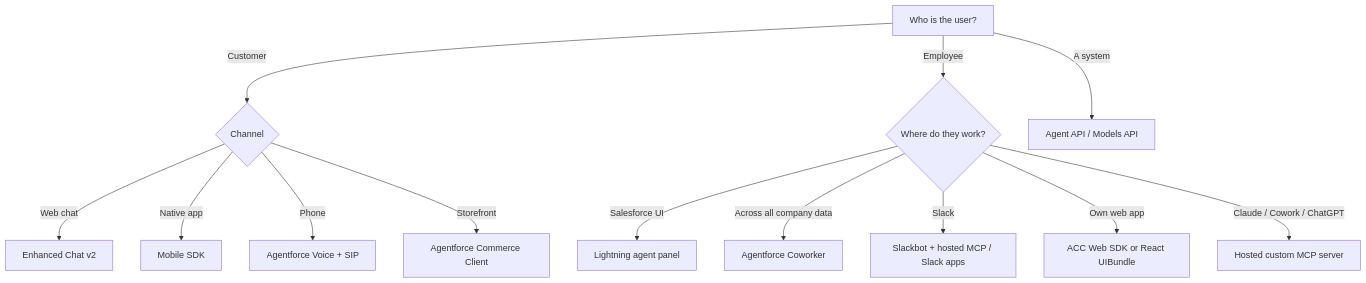
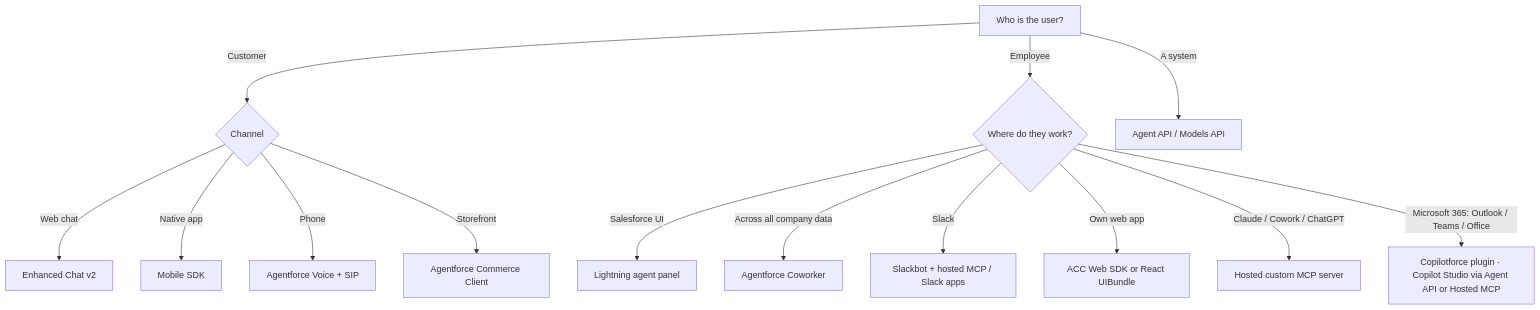
Before and after one commit to krystiandrozd-alt/salesforce-docs: the second of 4 diagrams in architecture/agentforce-architecture-guide.md, drawn with Mermaid. The commit also changed other lines of this file, not shown here.

First line of the commit message:
Add Microsoft 365 Copilot / Copilotforce surfaces to architecture guide

````diff
--- a/architecture/agentforce-architecture-guide.md
+++ b/architecture/agentforce-architecture-guide.md
@@ -427,15 +511,16 @@
 ```mermaid
 flowchart TD
   A[Who is the user?] -->|Customer| B{Channel}
   B -->|Web chat| B1[Enhanced Chat v2]
   B -->|Native app| B2[Mobile SDK]
   B -->|Phone| B3[Agentforce Voice + SIP]
   B -->|Storefront| B4[Agentforce Commerce Client]
   A -->|Employee| C{Where do they work?}
   C -->|Salesforce UI| C1[Lightning agent panel]
   C -->|Across all company data| C2[Agentforce Coworker]
   C -->|Slack| C3[Slackbot + hosted MCP / Slack apps]
   C -->|Own web app| C4[ACC Web SDK or React UIBundle]
   C -->|Claude / Cowork / ChatGPT| C5[Hosted custom MCP server]
+  C -->|Microsoft 365: Outlook / Teams / Office| C6[Copilotforce plugin · Copilot Studio via Agent API or Hosted MCP]
   A -->|A system| D[Agent API / Models API]
 ```
````
